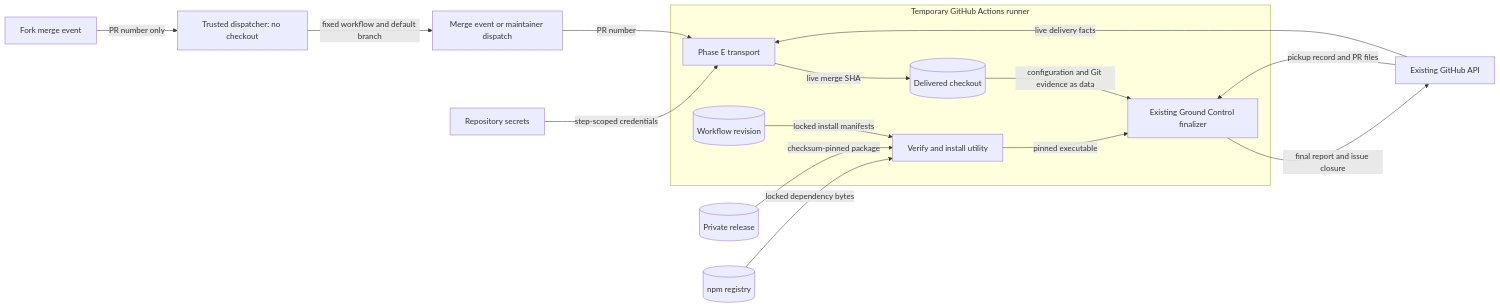
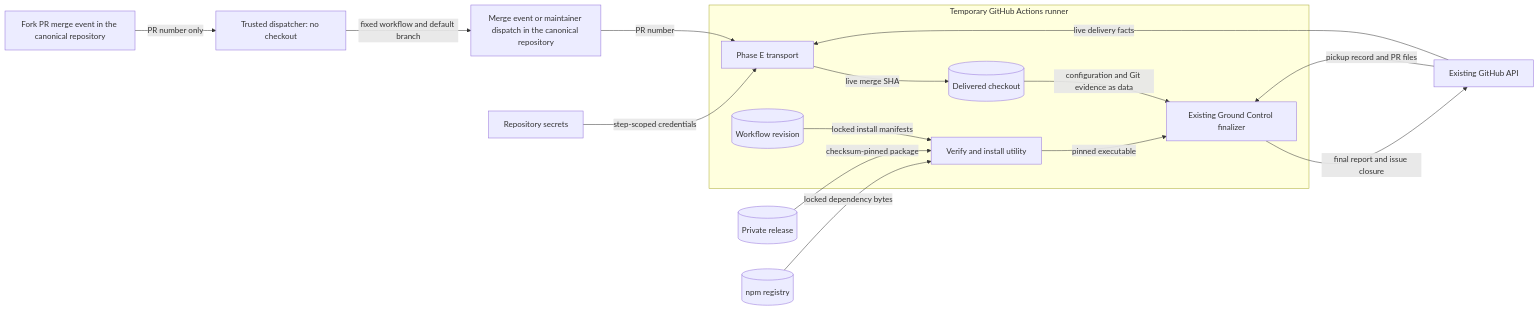
One commit to OpenRAE/go-rae-gremlins changed the first of 2 diagrams in docs/development/phase-e-design.md. Above: the diagram before and after it, drawn with Mermaid. The commit also changed other lines of this file and 21 other files, not shown here.

````diff
--- a/docs/development/phase-e-design.md
+++ b/docs/development/phase-e-design.md
@@ -76,18 +84,18 @@
 ```mermaid
 flowchart LR
-  event[Merge event or maintainer dispatch] -->|PR number| job[Phase E transport]
-  fork[Fork merge event] -->|PR number only| dispatcher[Trusted dispatcher: no checkout]
+  event[Merge event or maintainer dispatch in the canonical repository] -->|PR number| job[Phase E transport]
+  fork[Fork PR merge event in the canonical repository] -->|PR number only| dispatcher[Trusted dispatcher: no checkout]
   dispatcher -->|fixed workflow and default branch| event
   subgraph runner[Temporary GitHub Actions runner]
     job -->|live merge SHA| checkout[(Delivered checkout)]
     transport[(Workflow revision)] -->|locked install manifests| install[Verify and install utility]
     install -->|pinned executable| finalizer[Existing Ground Control finalizer]
     checkout -->|configuration and Git evidence as data| finalizer
   end
   release[(Private release)] -->|checksum-pinned package| install
   registry[(npm registry)] -->|locked dependency bytes| install
   secrets[Repository secrets] -->|step-scoped credentials| job
   api[Existing GitHub API] -->|live delivery facts| job
   api -->|pickup record and PR files| finalizer
   finalizer -->|final report and issue closure| api
 ```
````
